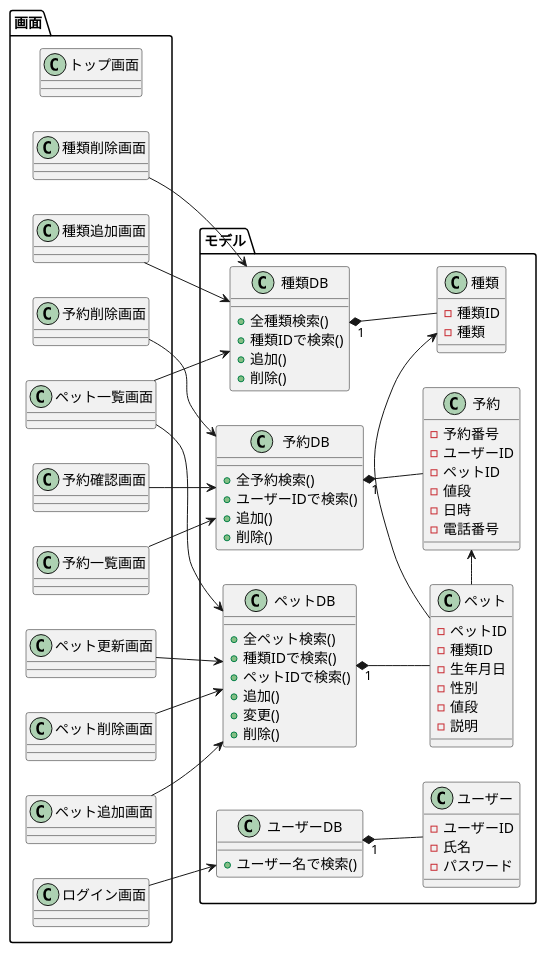
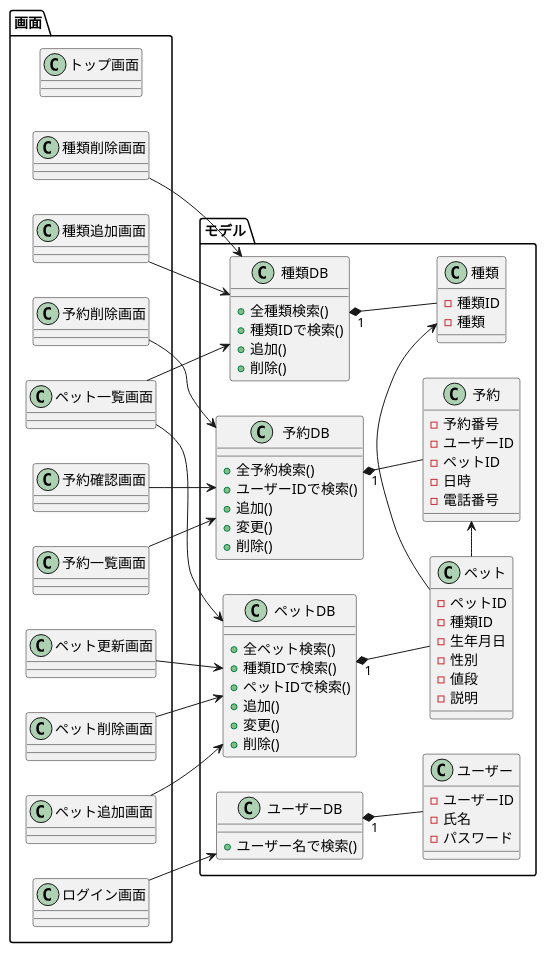
The diagram in UML/class.pu (Tyamanaka07/WebSystem), drawn with PlantUML before and after one commit. The commit also changed 3 other files, not shown here.

```diff
--- a/UML/class.pu
+++ b/UML/class.pu
@@ -1,96 +1,96 @@
 @startuml
 left to right direction
 
 package モデル{
 class ペット{
 	-ペットID
 	-種類ID
 	-生年月日
 	-性別
 	-値段
 	-説明
 }
 
 class 種類{
 	-種類ID
 	-種類
 }
 
 class ユーザー{
 	-ユーザーID
 	-氏名
 	-パスワード
 }
 
 class 予約{
 	-予約番号
 	-ユーザーID
 	-ペットID
-	-値段
 	-日時
 	-電話番号
 }
 
 class ペットDB{
 	+全ペット検索()
 	+種類IDで検索()
 	+ペットIDで検索()
 	+追加()
 	+変更()
 	+削除()
 }
 
 class 種類DB{
 	+全種類検索()
 	+種類IDで検索()
 	+追加()
 	+削除()
 }
 
 class ユーザーDB{
 	+ユーザー名で検索()
 }
 
 class 予約DB{
 	+全予約検索()
 	+ユーザーIDで検索()
 	+追加()
+	+変更()
 	+削除()
 }
 }
 
 package 画面{
 class トップ画面
 class ペット一覧画面
 class ログイン画面
 class ペット追加画面
 class ペット更新画面
 class ペット削除画面
 class 種類追加画面
 class 種類削除画面
 class 予約確認画面
 class 予約一覧画面
 class 予約削除画面
 
 }
 
 ペットDB "1" *-- ペット
 種類DB "1" *-- 種類
 ユーザーDB "1" *-- ユーザー
 予約DB "1" *-- 予約
 ペット -> 種類
 ペット -> 予約
 
 ペット一覧画面-->種類DB
 ペット一覧画面-->ペットDB
 ログイン画面-->ユーザーDB
 ペット追加画面-->ペットDB
 ペット更新画面-->ペットDB
 種類追加画面-->種類DB
 種類削除画面-->種類DB
 ペット削除画面-->ペットDB
 予約確認画面-->予約DB
 予約一覧画面-->予約DB
 予約削除画面-->予約DB
 
 @enduml
```
